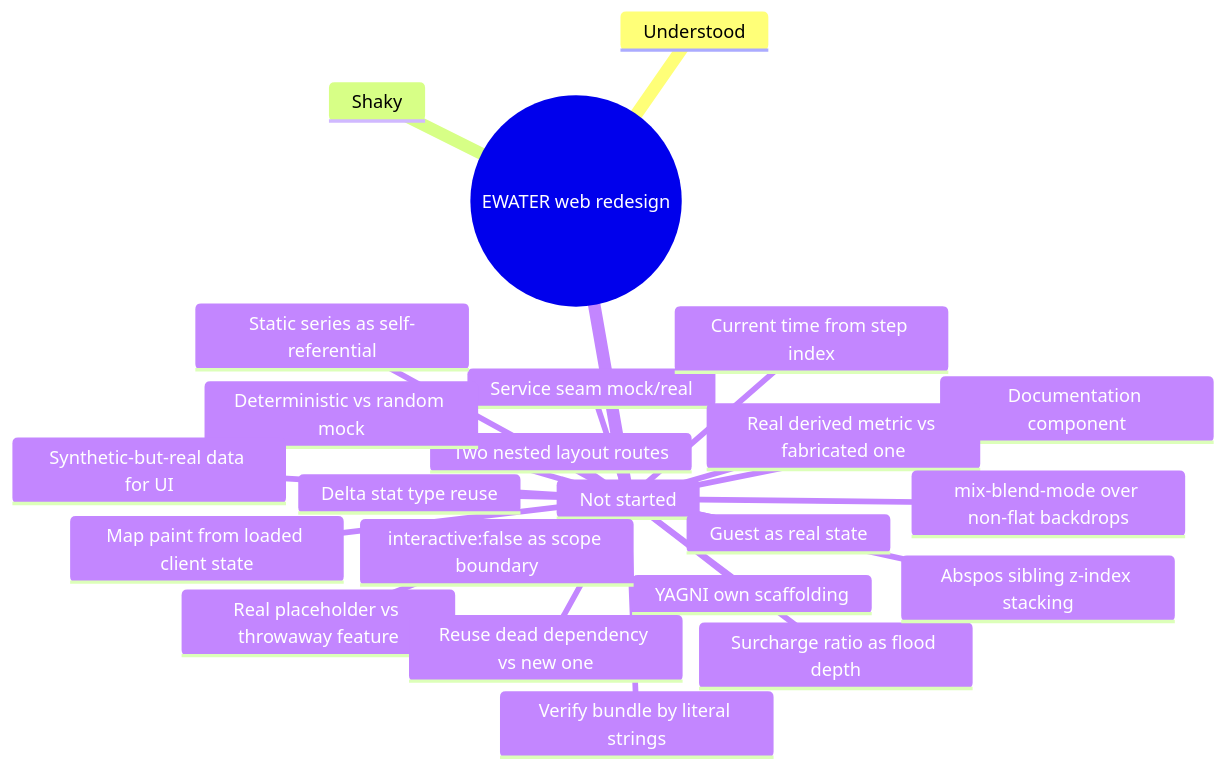
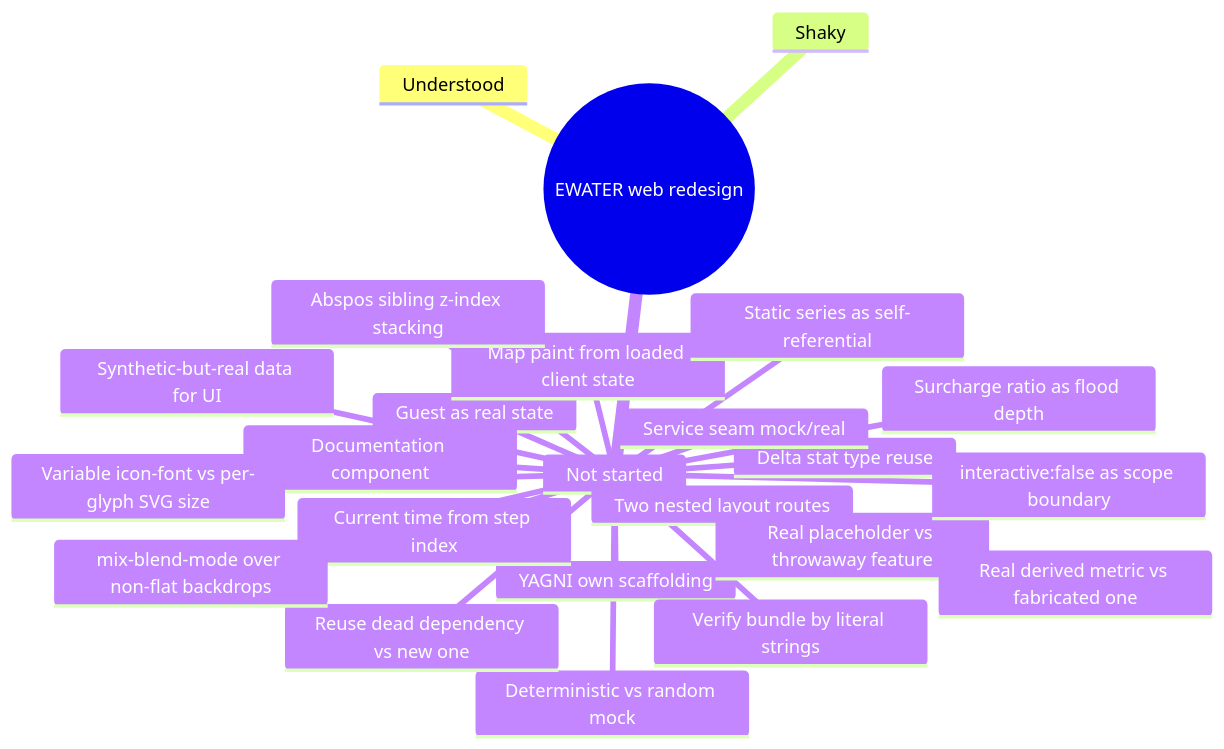
The diagram in docs/LEARNING_LOG.md (Phonghigh/EWATER), drawn with Mermaid before and after one commit. The commit also changed other lines of this file and 10 other files, not shown here.

````diff
--- a/docs/LEARNING_LOG.md
+++ b/docs/LEARNING_LOG.md
@@ -38,26 +39,27 @@
 ```mermaid
 mindmap
   root((EWATER web redesign))
     Understood
     Shaky
     Not started
       Delta stat type reuse
       Service seam mock/real
       Guest as real state
       Documentation component
       Two nested layout routes
       YAGNI own scaffolding
       Verify bundle by literal strings
       Surcharge ratio as flood depth
       Deterministic vs random mock
       Current time from step index
       Real placeholder vs throwaway feature
       interactive:false as scope boundary
       Map paint from loaded client state
       Static series as self-referential
       Real derived metric vs fabricated one
       Reuse dead dependency vs new one
       Synthetic-but-real data for UI
       Abspos sibling z-index stacking
       mix-blend-mode over non-flat backdrops
+      Variable icon-font vs per-glyph SVG size
 ```
````
